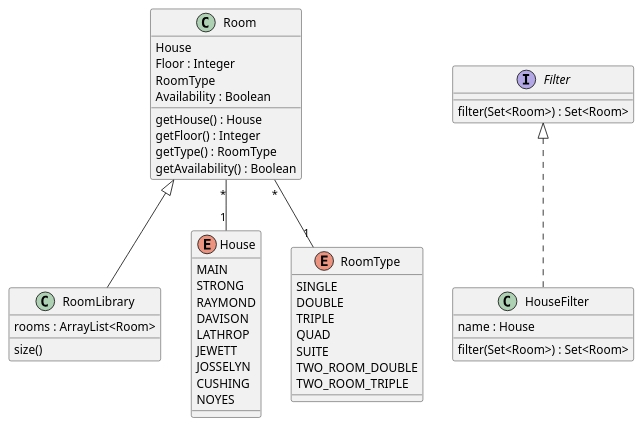
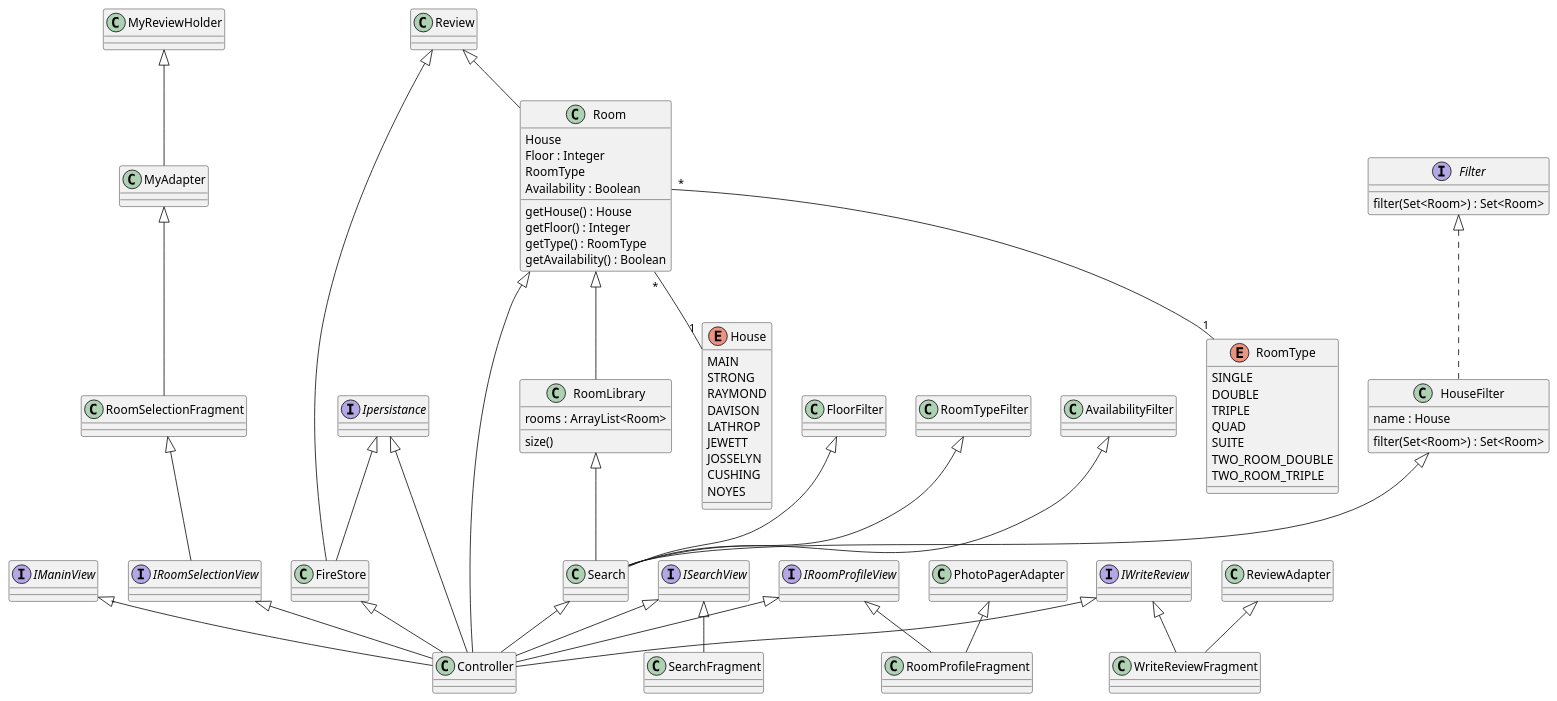
One commit to alexandraguillen12/Dorm-Review-App changed the first of 2 diagrams in intellij/doc/design.md. Above: the diagram before and after it, drawn with PlantUML.

Commit message:
Updating and Adding in Design.md

````diff
--- a/intellij/doc/design.md
+++ b/intellij/doc/design.md
@@ -5,7 +5,8 @@
 ```plantuml
 @startuml
 
-class Room
+class Room 
+Review <|-- Room
 Room : House
 Room : Floor : Integer
 Room : RoomType
@@ -14,6 +15,10 @@
 Room : getFloor() : Integer
 Room : getType() : RoomType
 Room : getAvailability() : Boolean
+
+class FireStore 
+Review <|-- FireStore
+Ipersistance <|-- FireStore
 
 
 class RoomLibrary
@@ -46,10 +51,47 @@
 interface Filter
 Filter : filter(Set<Room>) : Set<Room>
 
+interface Ipersistance
+Ipersistance <|-- Controller
+
+interface ISearchView
+ISearchView <|-- Controller
+ISearchView <|-- SearchFragment 
+
+interface IRoomSelectionView
+IRoomSelectionView <|-- Controller
+RoomSelectionFragment <|-- IRoomSelectionView 
+MyAdapter <|-- RoomSelectionFragment
+MyReviewHolder <|-- MyAdapter
+
+interface IRoomProfileView
+IRoomProfileView <|-- Controller
+IRoomProfileView <|-- RoomProfileFragment
+PhotoPagerAdapter <|-- RoomProfileFragment
+
+interface IWriteReview 
+IWriteReview <|-- Controller
+IWriteReview <|-- WriteReviewFragment
+ReviewAdapter <|-- WriteReviewFragment
+
+interface IManinView
+IManinView <|-- Controller
+
 class HouseFilter
 Filter <|.. HouseFilter
 HouseFilter : name : House
 HouseFilter : filter(Set<Room>) : Set<Room>
 
+
+class FloorFilter 
+FloorFilter <|-- Search 
+RoomTypeFilter <|-- Search
+AvailabilityFilter <|-- Search
+HouseFilter <|-- Search
+RoomLibrary <|-- Search
+Search <|-- Controller
+Room <|-- Controller
+FireStore <|-- Controller
+
 @enduml
 ```
````
